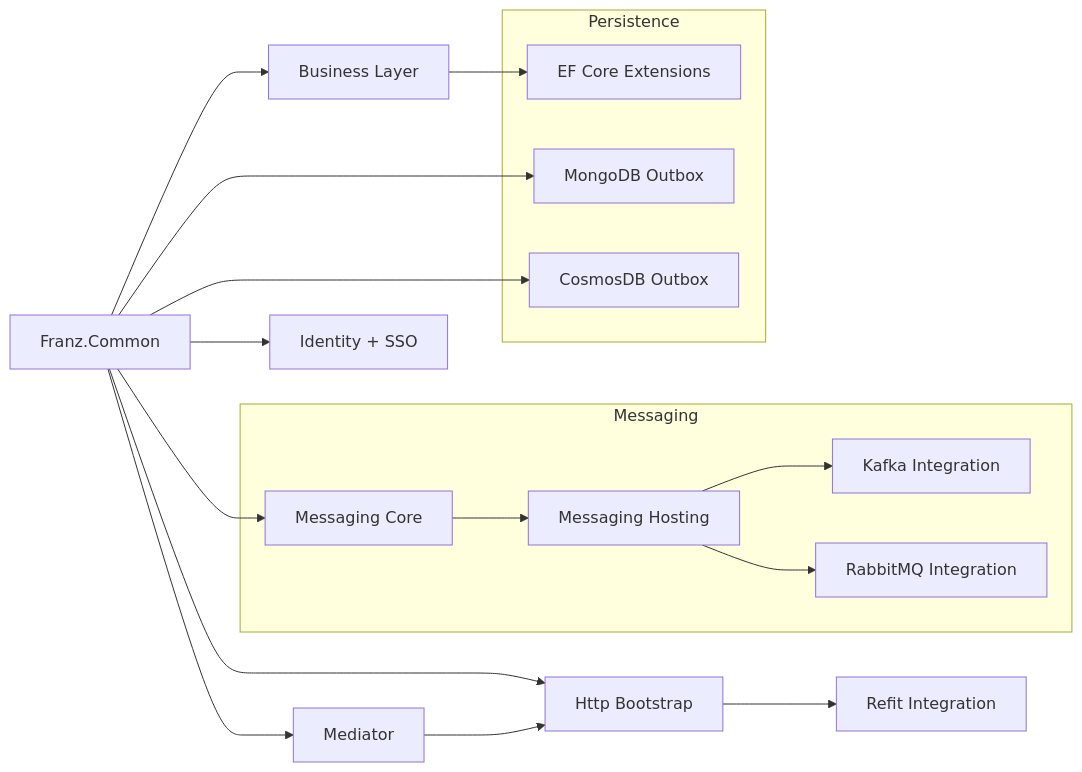
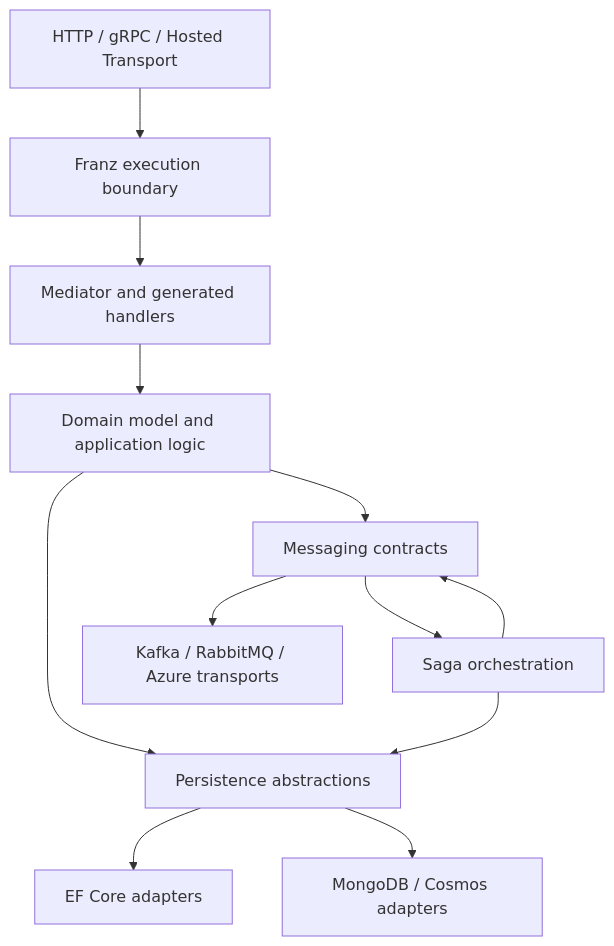
One commit to bestacio89/Franz.Common changed the diagram in README.md. Above: the diagram before and after it, drawn with Mermaid. The commit also changed other lines of this file and 1 other file, not shown here.

````diff
--- a/README.md
+++ b/README.md
@@ -201,40 +50,14 @@
 ```mermaid
-flowchart LR
-
-Core[Franz.Common]
-Business[Business Layer]
-Mediator[Mediator]
-HttpBoot[Http Bootstrap]
-Refit[Refit Integration]
-Identity[Identity + SSO]
-
-subgraph Messaging
-  MsgCore[Messaging Core]
-  MsgHost[Messaging Hosting]
-  Kafka[Kafka Integration]
-  Rabbit[RabbitMQ Integration]
-end
-
-subgraph Persistence
-  EF[EF Core Extensions]
-  Mongo[MongoDB Outbox]
-  Cosmos[CosmosDB Outbox]
-end
-
-Core --> Business
-Core --> Mediator
-Core --> HttpBoot
-Core --> MsgCore
-Core --> Identity
-
-Business --> EF
-Mediator --> HttpBoot
-HttpBoot --> Refit
-
-MsgCore --> MsgHost
-MsgHost --> Kafka
-MsgHost --> Rabbit
-
-Core --> Mongo
-Core --> Cosmos
+flowchart TD
+    API[HTTP / gRPC / Hosted Transport] --> EXEC[Franz execution boundary]
+    EXEC --> MED[Mediator and generated handlers]
+    MED --> DOMAIN[Domain model and application logic]
+    DOMAIN --> PERSIST[Persistence abstractions]
+    DOMAIN --> MSG[Messaging contracts]
+    PERSIST --> EF[EF Core adapters]
+    PERSIST --> DOC[MongoDB / Cosmos adapters]
+    MSG --> BROKERS[Kafka / RabbitMQ / Azure transports]
+    MSG --> SAGA[Saga orchestration]
+    SAGA --> PERSIST
+    SAGA --> MSG
 ```
````
